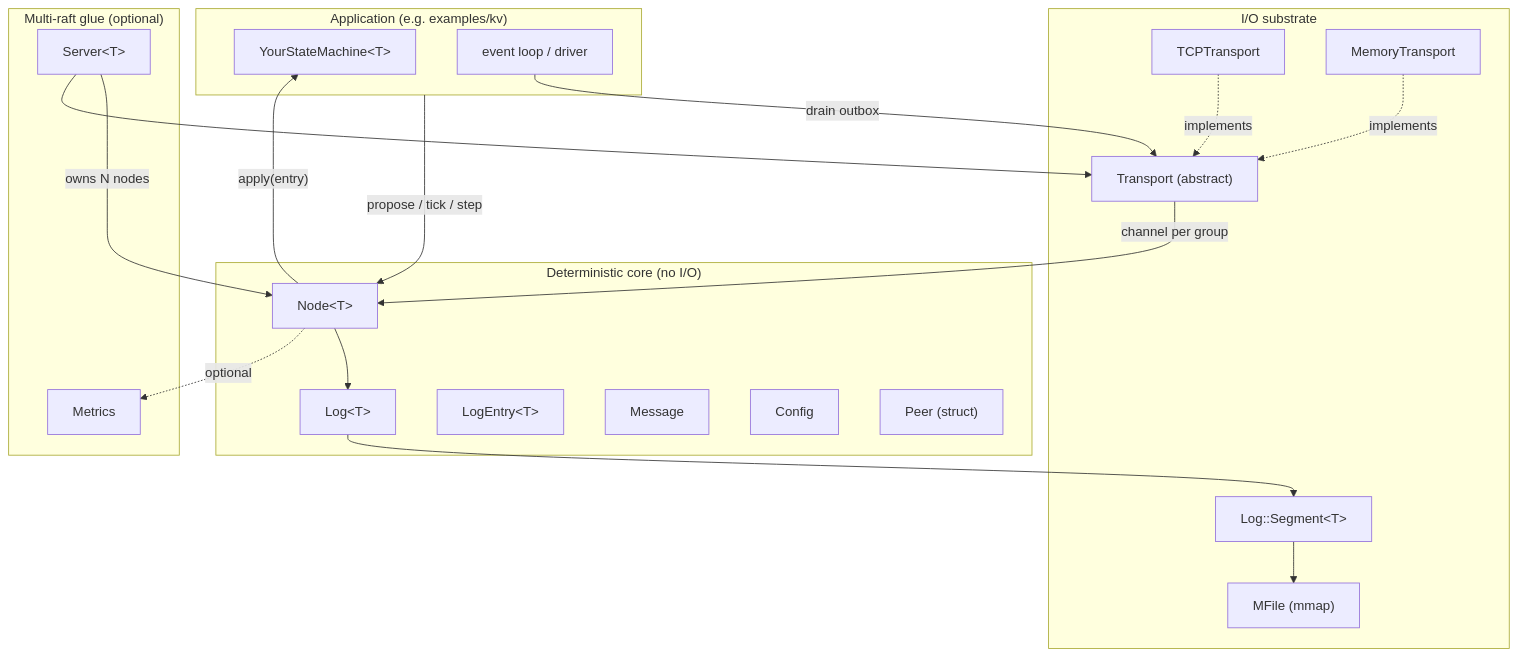
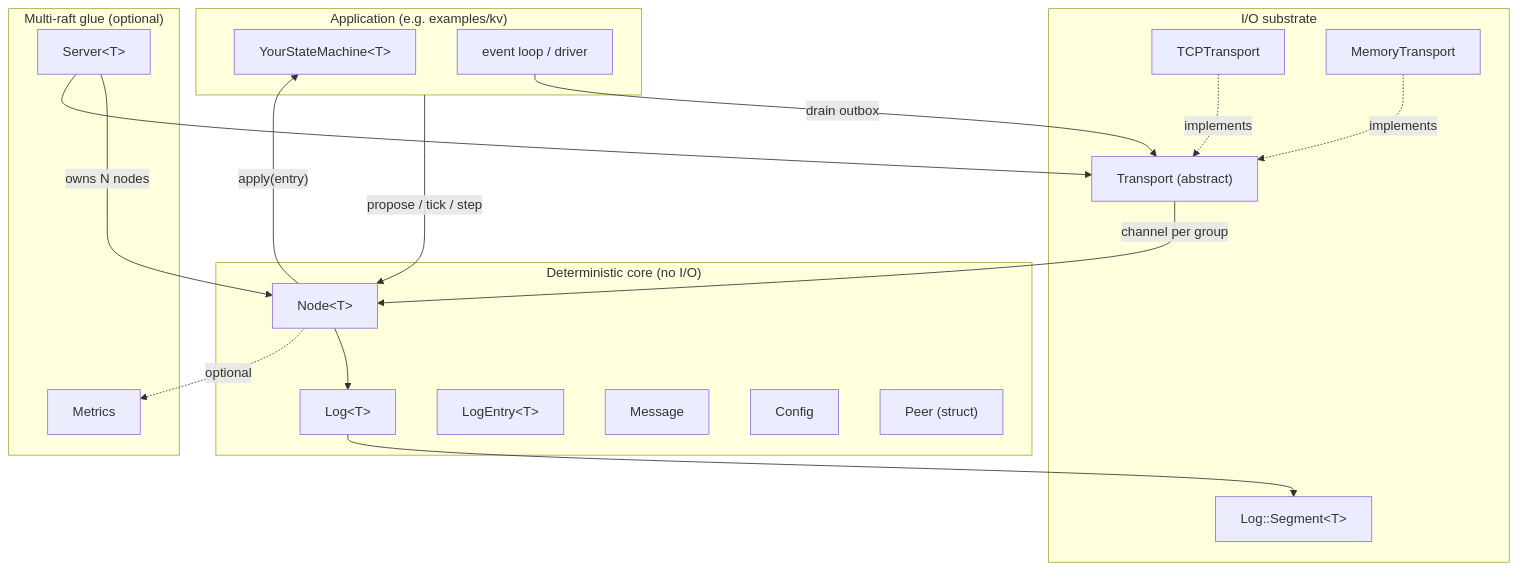
The first of 7 diagrams in ARCHITECTURE.md (84codes/raft.cr), drawn with Mermaid before and after one commit. The commit also changed other lines of this file and 12 other files, not shown here.

````diff
--- a/ARCHITECTURE.md
+++ b/ARCHITECTURE.md
@@ -36,42 +37,40 @@
 ```mermaid
 flowchart TB
     subgraph App["Application (e.g. examples/kv)"]
         SM["YourStateMachine&lt;T&gt;"]
         Loop["event loop / driver"]
     end
 
     subgraph Core["Deterministic core (no I/O)"]
         Node["Node&lt;T&gt;"]
         Log["Log&lt;T&gt;"]
         Entry["LogEntry&lt;T&gt;"]
         Msg["Message"]
         Cfg["Config"]
         PeerS["Peer (struct)"]
     end
 
     subgraph IO["I/O substrate"]
         Seg["Log::Segment&lt;T&gt;"]
-        MF["MFile (mmap)"]
         Tr["Transport (abstract)"]
         TCP["TCPTransport"]
         Mem["MemoryTransport"]
     end
 
     subgraph Glue["Multi-raft glue (optional)"]
         Server["Server&lt;T&gt;"]
         Metrics["Metrics"]
     end
 
     App -->|"propose / tick / step"| Node
     Node -->|"apply(entry)"| SM
     Node --> Log
     Log --> Seg
-    Seg --> MF
     Loop -->|"drain outbox"| Tr
     Tr -->|"channel per group"| Node
     TCP -.implements.-> Tr
     Mem -.implements.-> Tr
     Server -->|"owns N nodes"| Node
     Server --> Tr
     Node -.optional.-> Metrics
 ```
````
